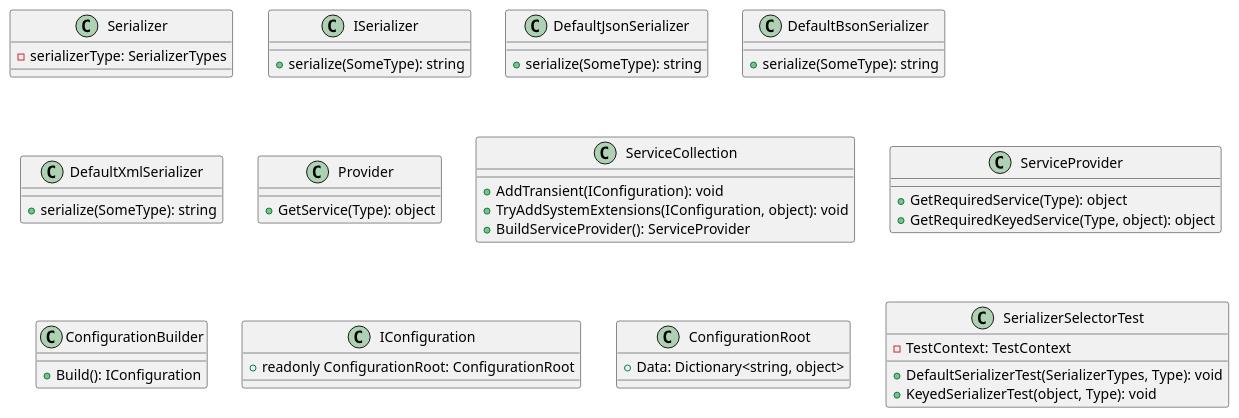
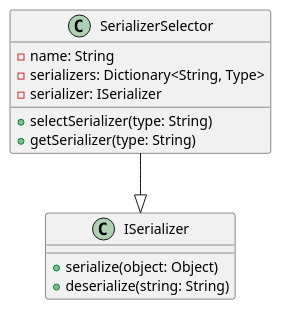
One commit to mwwhited-forks/dotnet-libs changed the first of 3 diagrams in docs/generated/Framework/Eliassen.System.Tests/Text/Documentation.md. Above: the diagram before and after it, drawn with PlantUML. The commit also changed other lines of this file and 444 other files, not shown here.

````diff
--- a/docs/generated/Framework/Eliassen.System.Tests/Text/Documentation.md
+++ b/docs/generated/Framework/Eliassen.System.Tests/Text/Documentation.md
@@ -10,58 +11,19 @@
 ```plantuml
 @startuml
-class Serializer {
-  - serializerType: SerializerTypes
+class SerializerSelector {
+    - name: String
+    - serializers: Dictionary<String, Type>
+    - serializer: ISerializer
+
+    + selectSerializer(type: String)
+    + getSerializer(type: String)
 }
 
 class ISerializer {
-  + serialize(SomeType): string
+    + serialize(object: Object)
+    + deserialize(string: String)
 }
 
-class DefaultJsonSerializer {
-  + serialize(SomeType): string
-}
-
-class DefaultBsonSerializer {
-  + serialize(SomeType): string
-}
-
-class DefaultXmlSerializer {
-  + serialize(SomeType): string
-}
-
-class Provider {
-  + GetService(Type): object
-}
-
-class ServiceCollection {
-  + AddTransient(IConfiguration): void
-  + TryAddSystemExtensions(IConfiguration, object): void
-  + BuildServiceProvider(): ServiceProvider
-}
-
-class ServiceProvider {
-  + GetRequiredService(Type): object
-  + GetRequiredKeyedService(Type, object): object
-}
-
-class ConfigurationBuilder {
-  + Build(): IConfiguration
-}
-
-class IConfiguration {
-  + readonly ConfigurationRoot: ConfigurationRoot
-}
-
-class ConfigurationRoot {
-  + Data: Dictionary<string, object>
-}
-
-class SerializerSelectorTest {
-  - TestContext: TestContext
-  
-  + DefaultSerializerTest(SerializerTypes, Type): void
-  + KeyedSerializerTest(object, Type): void
-}
-
+SerializerSelector --|> ISerializer
 @enduml
 ```
````
